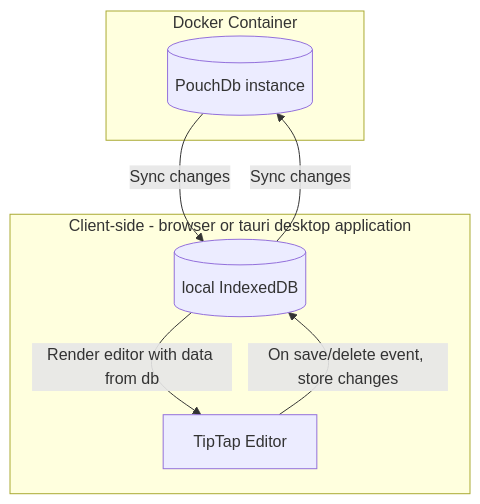
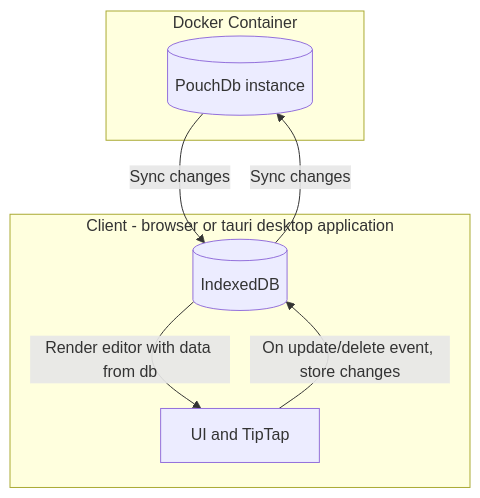
The diagram in README.md (ste163/notes), drawn with Mermaid before and after one commit. The commit also changed other lines of this file and 31 other files, not shown here.

````diff
--- a/README.md
+++ b/README.md
@@ -34,13 +31,13 @@
 ```mermaid
 flowchart TD
     subgraph Docker Container
       C[(PouchDb instance)]
     end
-    subgraph Client-side - browser or tauri desktop application
-      A[(local IndexedDB)]
-      A -- Render editor with data from db --> B[TipTap Editor]
-      B -- On save/delete event, store changes --> A
+    subgraph Client - browser or tauri desktop application
+      A[(IndexedDB)]
+      A -- Render editor with data from db --> B[UI and TipTap]
+      B -- On update/delete event, store changes --> A
     end
   A -- Sync changes --> C
   C -- Sync changes --> A
 ```
````
